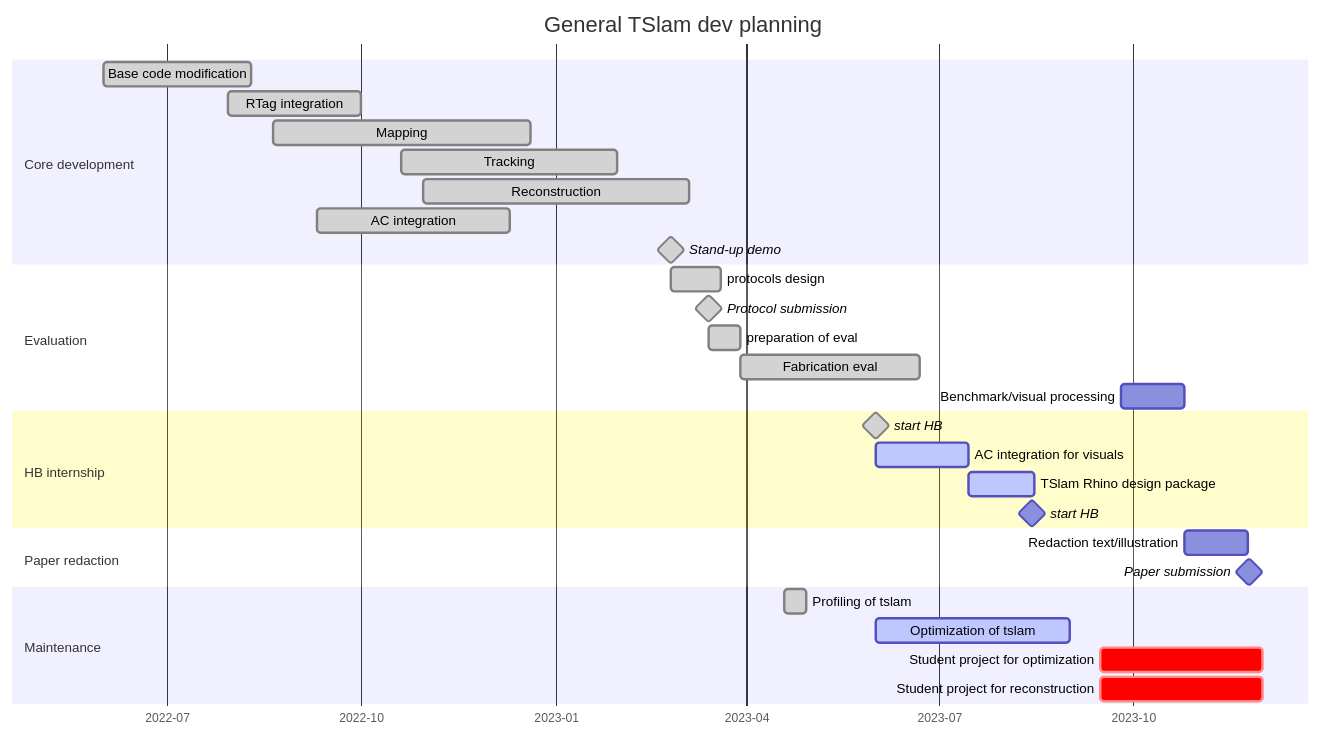
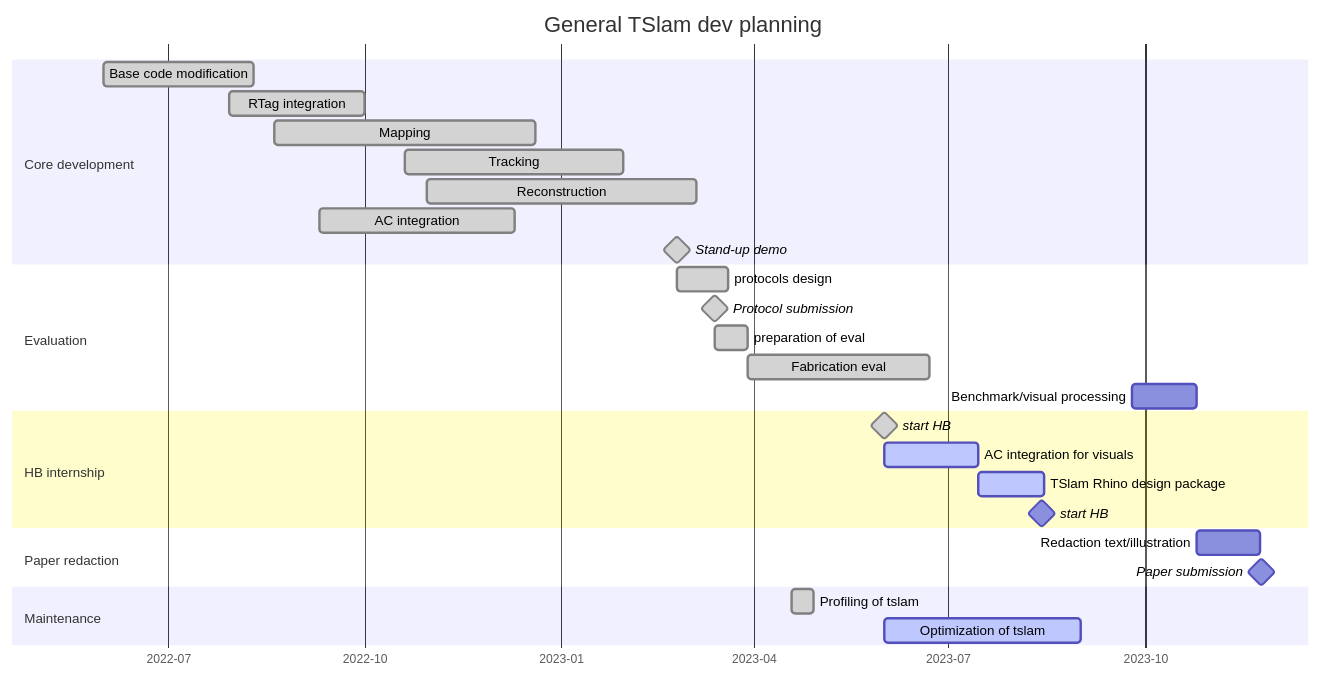
Before and after one commit to ibois-epfl/TSlam: the diagram in README.md, drawn with Mermaid.

Commit message:
Update README.md [no ci]

````diff
--- a/README.md
+++ b/README.md
@@ -10,38 +10,36 @@
 ```mermaid
 gantt
     dateFormat  YYYY-MM-DD
     title       General TSlam dev planning
     axisFormat %Y-%m
 
     section Core development
     Base code modification          :done, ucm, 2022-06-01, 2022-08-10
     RTag integration                :done, rti, 2022-07-30, 2022-10-01
     Mapping                         :done, map, 2022-08-20, 2022-12-20
     Tracking                        :done, trck, 2022-10-20, 2023-01-30
     Reconstruction                  :done, rec, 2022-10-30, 2023-03-05
     AC integration                  :done, aci, 2022-09-10, 2022-12-10
     Stand-up demo                   :milestone, done, 2023-02-24, 0d
 
     section Evaluation
     protocols design                :done, ptrd, 2023-02-24, 2023-03-20
     Protocol submission             :milestone, done, 2023-03-14, 0d
     preparation of eval             :done, 15d
     Fabrication eval                :done, 85d
     Benchmark/visual processing     :bvpr, 2023-09-25, 30d
     
     section HB internship
     start HB                        :milestone, done, 2023-06-01,
     AC integration for visuals      :active,2023-06-01, 2023-07-15
     TSlam Rhino design package      :active, 2023-07-15, 2023-08-15
     start HB                        :milestone, 2023-08-14,
 
     section Paper redaction
     Redaction text/illustration     :pprd, after bvpr, 30d
     Paper submission                :milestone, after pprd, 1d
     
     section Maintenance
     Profiling of tslam                  :done, opti, 2023-04-19, 10d
     Optimization of tslam               :active, 2023-06-01, 2023-09-01
-    Student project for optimization    :crit, 90d, 2023-09-15, 2023-12-01
-    Student project for reconstruction  :crit, 90d, 2023-09-15, 2023-12-01
 ```
````
